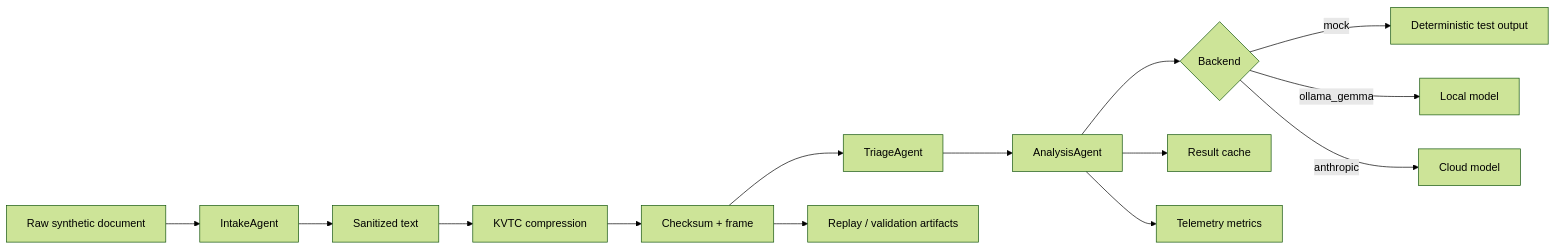
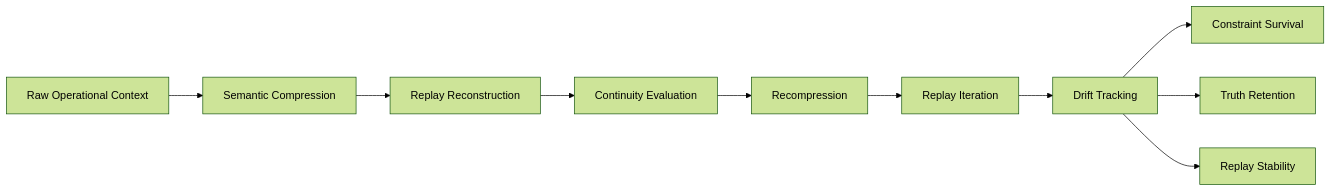
One commit to ProfRandom92/Comptext-Daimler-Experiment- changed the first of 5 diagrams in README.md. Above: the diagram before and after it, drawn with Mermaid (forest theme). The commit also changed other lines of this file, not shown here.

Commit message:
docs: overhaul README into semantic replay continuity showcase

````diff
--- a/README.md
+++ b/README.md
@@ -45,16 +68,16 @@
 ```mermaid
 flowchart LR
-    A[Raw synthetic document] --> B[IntakeAgent]
-    B --> C[Sanitized text]
-    C --> D[KVTC compression]
-    D --> E[Checksum + frame]
-    E --> F[TriageAgent]
-    F --> G[AnalysisAgent]
-    G --> H{Backend}
-    H -->|mock| I[Deterministic test output]
-    H -->|ollama_gemma| J[Local model]
-    H -->|anthropic| K[Cloud model]
-    G --> L[Result cache]
-    G --> M[Telemetry metrics]
-    E --> N[Replay / validation artifacts]
+    A[Raw Operational Context]
+    --> B[Semantic Compression]
+
+    B --> C[Replay Reconstruction]
+    C --> D[Continuity Evaluation]
+
+    D --> E[Recompression]
+    E --> F[Replay Iteration]
+
+    F --> G[Drift Tracking]
+    G --> H[Constraint Survival]
+    G --> I[Truth Retention]
+    G --> J[Replay Stability]
 ```
````
